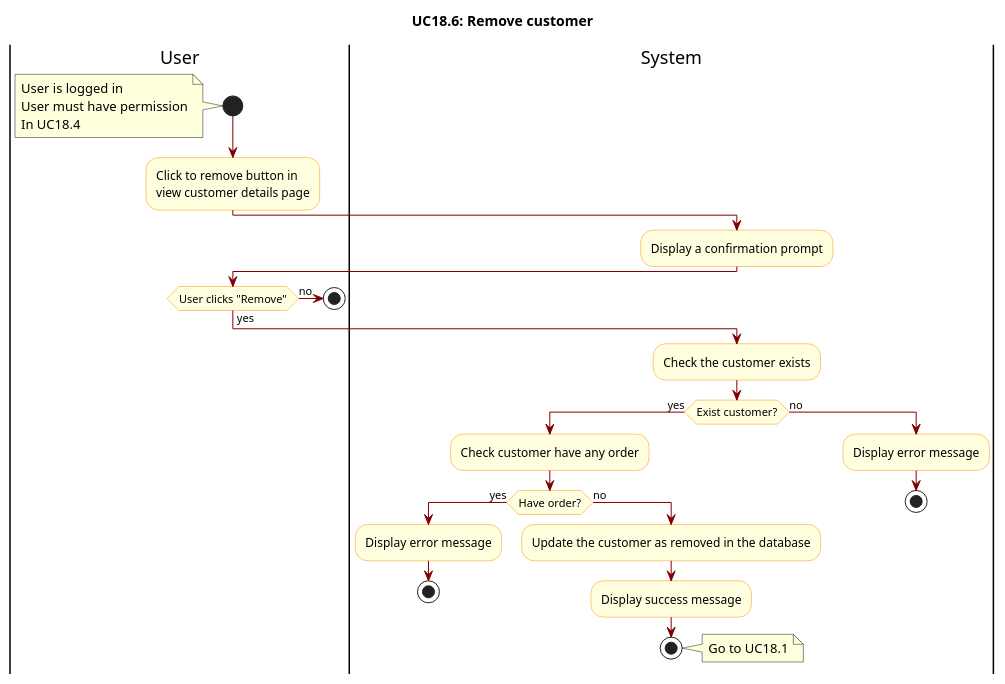
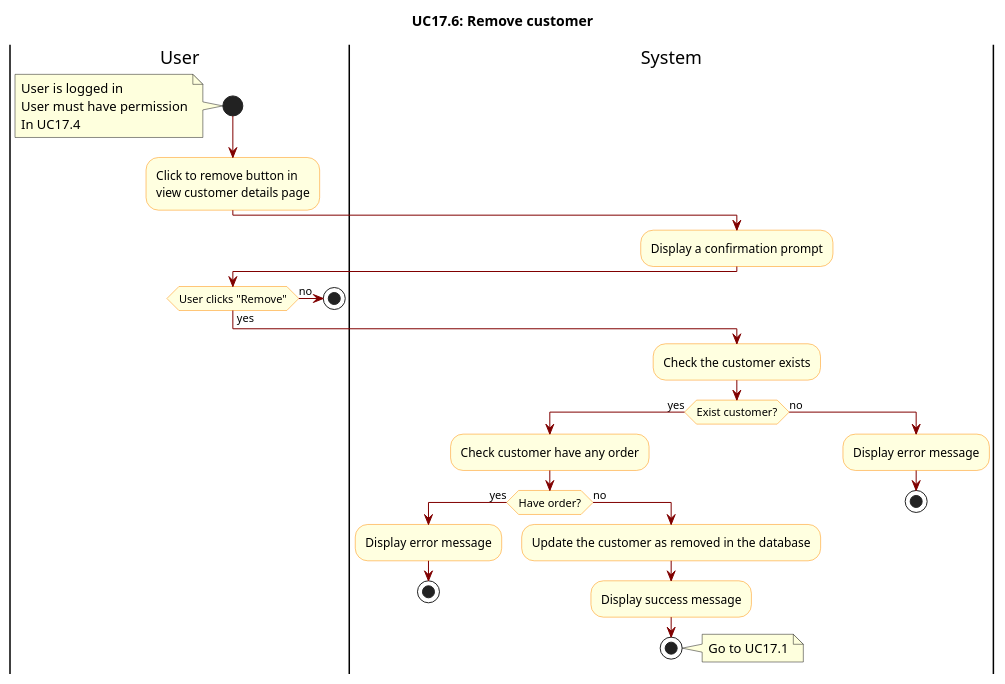
Before and after one commit to hiusnguyen201/BE_ClothingShop: the diagram in docs/activity diagram/UC18.6-RemoveCustomer.wsd, drawn with PlantUML. The commit also changed 79 other files, not shown here.

Commit message:
#73 thuongbsls2004 fix activity diagram

```diff
--- a/docs/activity diagram/UC18.6-RemoveCustomer.wsd
+++ b/docs/activity diagram/UC18.6-RemoveCustomer.wsd
@@ -1,51 +1,51 @@
 @startuml
 
 skinparam ActivityBackgroundColor LightYellow
 skinparam ActivityBorderColor DarkOrange
 skinparam ArrowColor Maroon
 
-title UC18.6: Remove customer
+title UC17.6: Remove customer
 
 |User|
 start
 note left
     User is logged in  
     User must have permission
-    In UC18.4
+    In UC17.4
 end note
 
 
 |User|
 :Click to remove button in 
 view customer details page;
 
 |System|
 :Display a confirmation prompt;
 
 |User|
 if(User clicks "Remove") then(yes)
 else(no)
     stop
 endif
 
 |System|
 :Check the customer exists;
 if(Exist customer?) then(yes)
     :Check customer have any order;
     if(Have order?) then(yes)
         :Display error message;
         stop
     else(no)
         :Update the customer as removed in the database;
         :Display success message;
         stop
         note right
-            Go to UC18.1
+            Go to UC17.1
         end note
     endif
 else(no)
     :Display error message;
     stop
 endif
 
 @enduml
```
